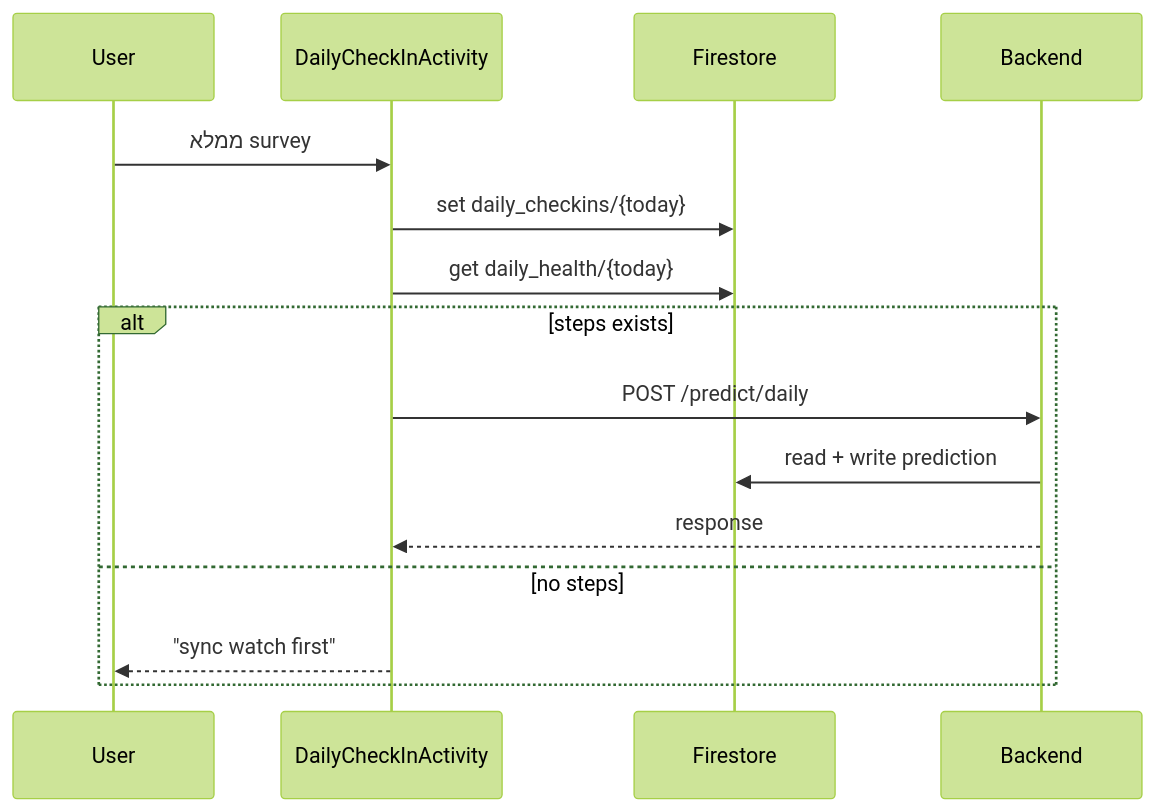
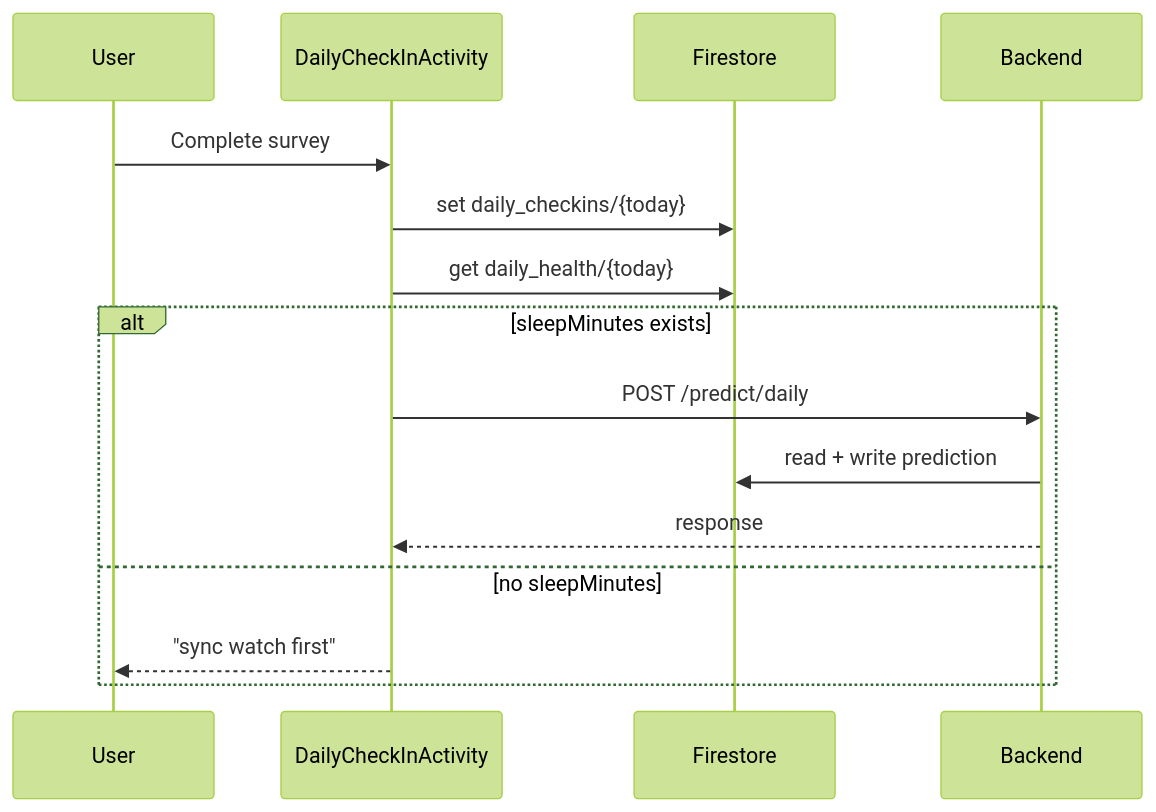
Before and after one commit to yahav97/final_project_AthleAgent: the third of 5 diagrams in docs/LLD_PROJECT.md, drawn with Mermaid (forest theme). The commit also changed other lines of this file and 4 other files, not shown here.

````diff
--- a/docs/LLD_PROJECT.md
+++ b/docs/LLD_PROJECT.md
@@ -336,18 +348,18 @@
 ```mermaid
 sequenceDiagram
     participant U as User
     participant DCI as DailyCheckInActivity
     participant FS as Firestore
     participant BE as Backend
 
-    U->>DCI: ממלא survey
+    U->>DCI: Complete survey
     DCI->>FS: set daily_checkins/{today}
     DCI->>FS: get daily_health/{today}
-    alt steps exists
+    alt sleepMinutes exists
         DCI->>BE: POST /predict/daily
         BE->>FS: read + write prediction
         BE-->>DCI: response
-    else no steps
+    else no sleepMinutes
         DCI-->>U: "sync watch first"
     end
 ```
````
